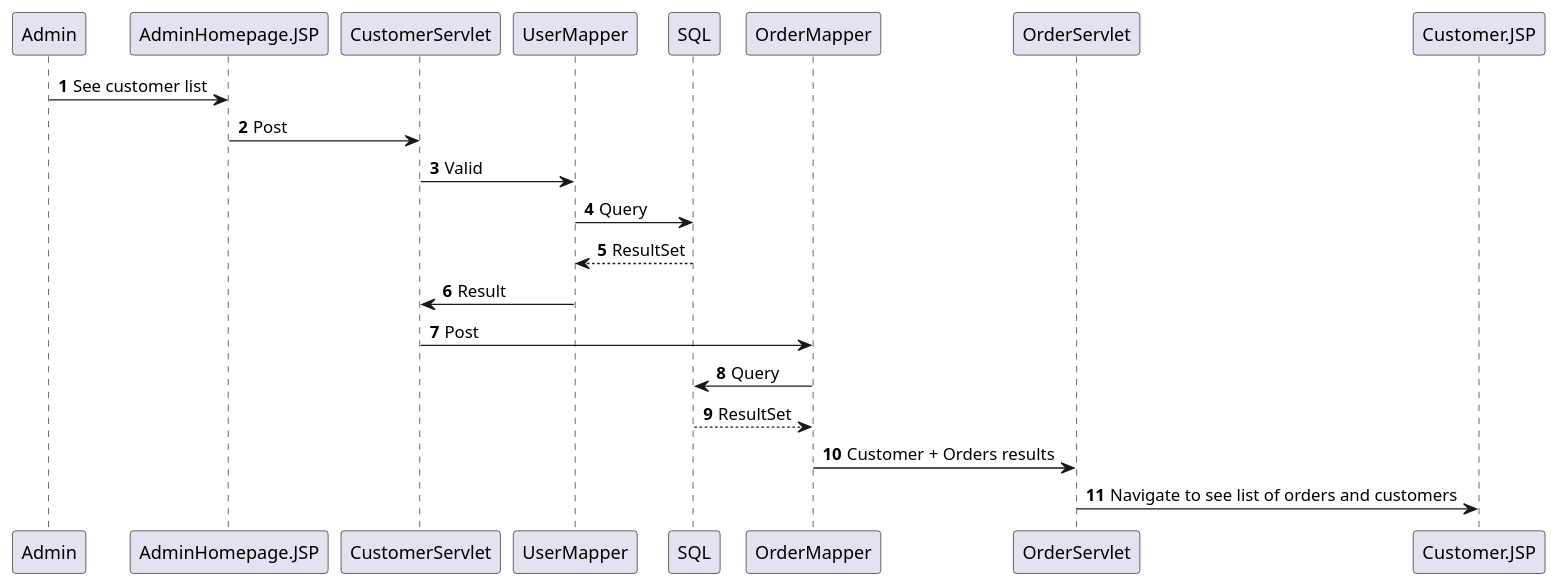
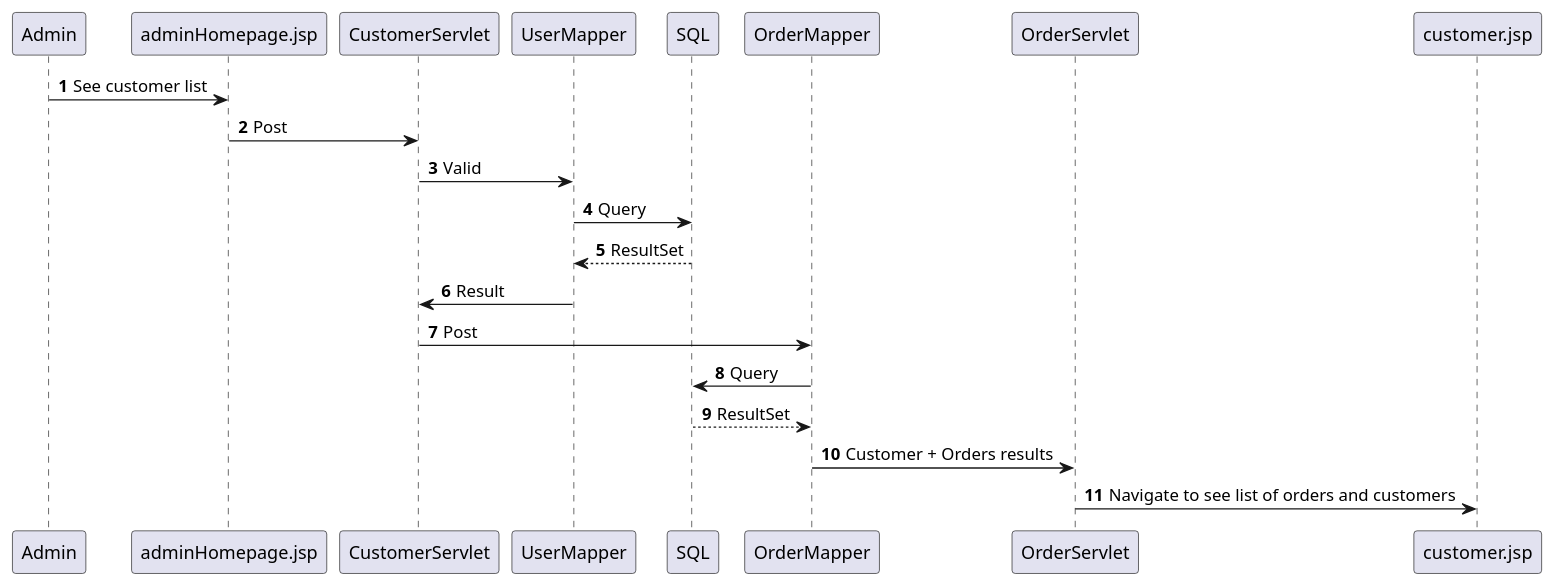
One commit to HeinLarsen/fog-carport changed the diagram in documentation/SqAdminSeeCustomer.puml. Above: the diagram before and after it, drawn with PlantUML. The commit also changed 6 other files, not shown here.

```diff
--- a/documentation/SqAdminSeeCustomer.puml
+++ b/documentation/SqAdminSeeCustomer.puml
@@ -1,18 +1,18 @@
 @startuml
 'https://plantuml.com/sequence-diagram
 
 autonumber
 
-Admin -> AdminHomepage.JSP: See customer list
-AdminHomepage.JSP -> CustomerServlet: Post
+Admin -> adminHomepage.jsp: See customer list
+adminHomepage.jsp -> CustomerServlet: Post
 CustomerServlet -> UserMapper: Valid
 UserMapper -> SQL: Query
 SQL --> UserMapper: ResultSet
 UserMapper -> CustomerServlet: Result
 CustomerServlet -> OrderMapper: Post
 OrderMapper -> SQL: Query
 SQL --> OrderMapper: ResultSet
 OrderMapper -> OrderServlet: Customer + Orders results
-OrderServlet -> Customer.JSP: Navigate to see list of orders and customers
+OrderServlet -> customer.jsp: Navigate to see list of orders and customers
 
 @enduml
```
